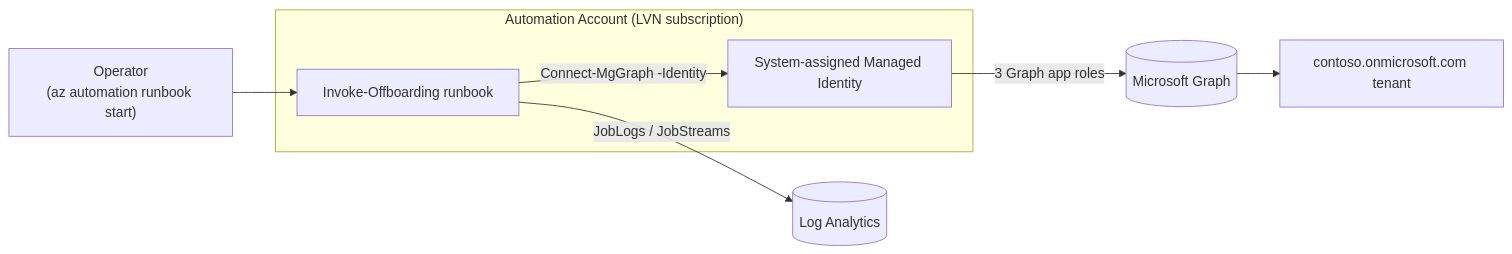
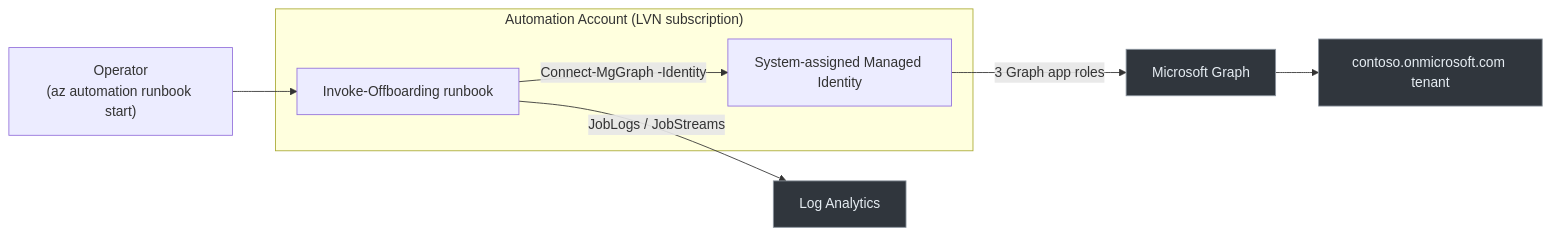
Before and after one commit to realitylvn/m365-offboarding-automator: the diagram in README.md, drawn with Mermaid. The commit also changed 1 other file, not shown here.

Commit message:
fix(docs): mermaid cylinder shapes rendered low-contrast on GitHub
The [( )] cylinder shape for Microsoft Graph / Log Analytics / tenant rendered
light-fill with light text — near-invisible in GitHub's dark theme. Switched to
plain nodes + an explicit classDef (fill:#30363d, color:#e6edf3) that reads on
both GitHub themes. Verified both light and dark renders with mermaid-cli.

````diff
--- a/README.md
+++ b/README.md
@@ -48,12 +48,14 @@
 ```mermaid
 flowchart LR
   op["Operator<br/>(az automation runbook start)"] --> rb
   subgraph AA["Automation Account (LVN subscription)"]
     rb["Invoke-Offboarding runbook"]
     mi["System-assigned Managed Identity"]
   end
   rb -->|"Connect-MgGraph -Identity"| mi
-  mi -->|"3 Graph app roles"| msgraph[("Microsoft Graph")]
+  mi -->|"3 Graph app roles"| msgraph["Microsoft Graph"]
   msgraph --> tenant["contoso.onmicrosoft.com tenant"]
-  rb -->|"JobLogs / JobStreams"| law[("Log Analytics")]
+  rb -->|"JobLogs / JobStreams"| law["Log Analytics"]
+  classDef ext fill:#30363d,stroke:#8b949e,color:#e6edf3
+  class msgraph,tenant,law ext
 ```
````
